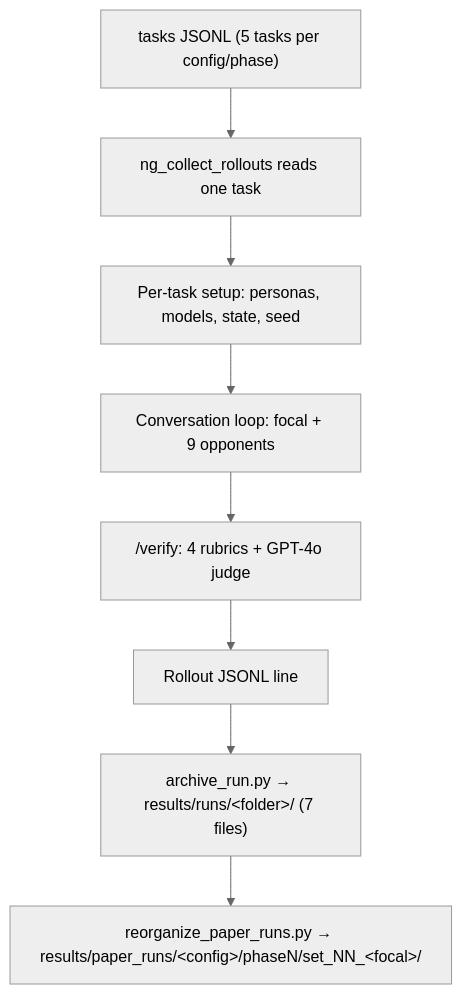
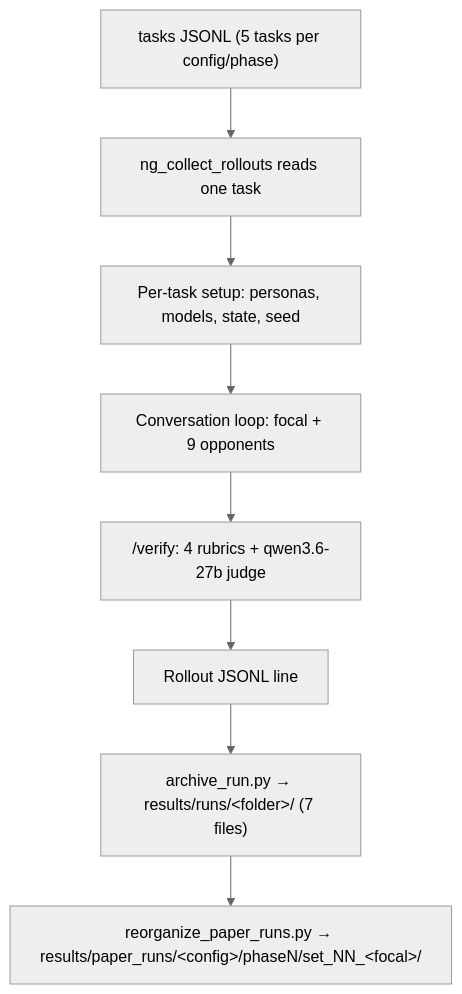
The third of 3 diagrams in docs/marketplace_guide.md (ashijain7/A2Amarketplace), drawn with Mermaid (neutral theme) before and after one commit. The commit also changed other lines of this file and 418 other files, not shown here.

````diff
--- a/docs/marketplace_guide.md
+++ b/docs/marketplace_guide.md
@@ -998,13 +999,13 @@
 ```mermaid
 flowchart TD
     TASKS["tasks JSONL (5 tasks per config/phase)"]
     READ["ng_collect_rollouts reads one task"]
     SETUP["Per-task setup: personas, models, state, seed"]
     CONV["Conversation loop: focal + 9 opponents"]
-    VERIFY["/verify: 4 rubrics + GPT-4o judge"]
+    VERIFY["/verify: 4 rubrics + qwen3.6-27b judge"]
     LINE["Rollout JSONL line"]
     ARCHIVE["archive_run.py → results/runs/&lt;folder&gt;/ (7 files)"]
     PAPER["reorganize_paper_runs.py → results/paper_runs/&lt;config&gt;/phaseN/set_NN_&lt;focal&gt;/"]
 
     TASKS --> READ --> SETUP --> CONV --> VERIFY --> LINE --> ARCHIVE --> PAPER
 ```
````
